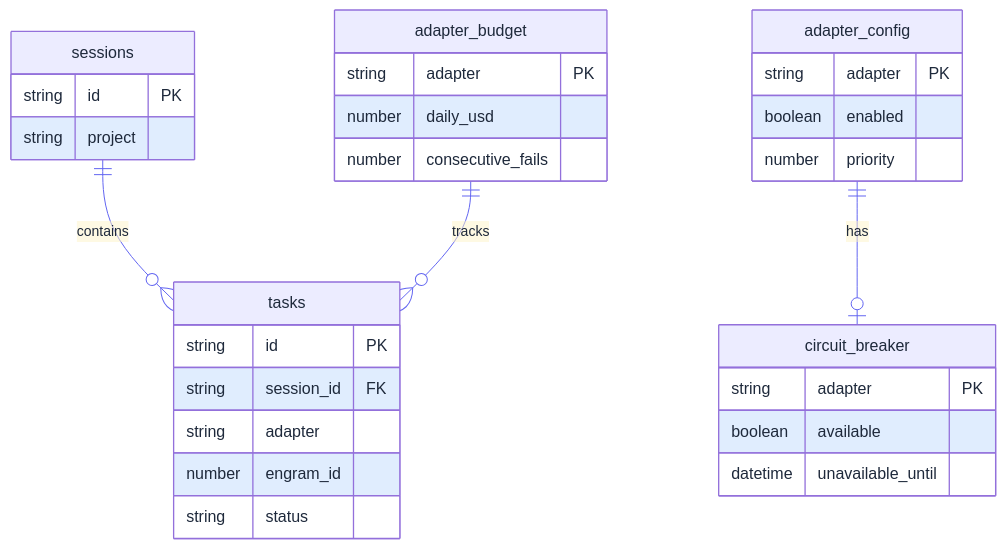
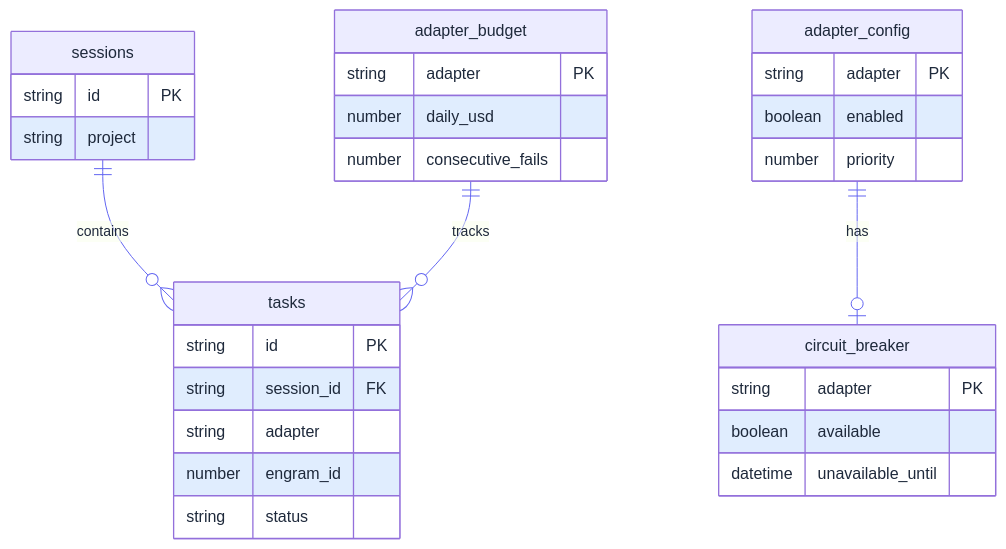
The ninth of 9 diagrams in ARCHITECTURE.md (Geraldow/iris), drawn with Mermaid before and after one commit. The commit also changed other lines of this file and 1 other file, not shown here.

Commit message:
docs: update ARCHITECTURE and PRD to reflect Odoo orchestration and excalidraw integration

````diff
--- a/ARCHITECTURE.md
+++ b/ARCHITECTURE.md
@@ -147,34 +282,34 @@
 ```mermaid
-%%{init: {'theme': 'default', 'themeVariables': {'primaryColor': '#dbeafe', 'primaryTextColor': '#1e293b', 'primaryBorderColor': '#3b82f6', 'lineColor': '#6366f1', 'secondaryColor': '#f0fdf4', 'secondaryTextColor': '#1e293b', 'secondaryBorderColor': '#22c55e', 'tertiaryColor': '#fef3c7', 'tertiaryTextColor': '#1e293b', 'textColor': '#1e293b', 'clusterBkg': '#eff6ff', 'clusterBorder': '#3b82f6'}}}%%
+%%{init: {'theme': 'default', 'themeVariables': {'primaryColor': '#dbeafe', 'primaryTextColor': '#1e293b', 'primaryBorderColor': '#3b82f6', 'lineColor': '#6366f1', 'textColor': '#1e293b', 'clusterBkg': '#eff6ff', 'clusterBorder': '#3b82f6'}}}%%
 erDiagram
     sessions ||--o{ tasks : contains
     adapter_budget ||--o{ tasks : tracks
     adapter_config ||--o| circuit_breaker : has
-    
+
     sessions {
         string id PK
         string project
     }
     tasks {
         string id PK
         string session_id FK
         string adapter
         number engram_id
         string status
     }
     adapter_budget {
         string adapter PK
         number daily_usd
         number consecutive_fails
     }
     circuit_breaker {
         string adapter PK
         boolean available
         datetime unavailable_until
     }
     adapter_config {
         string adapter PK
         boolean enabled
         number priority
     }
 ```
````
